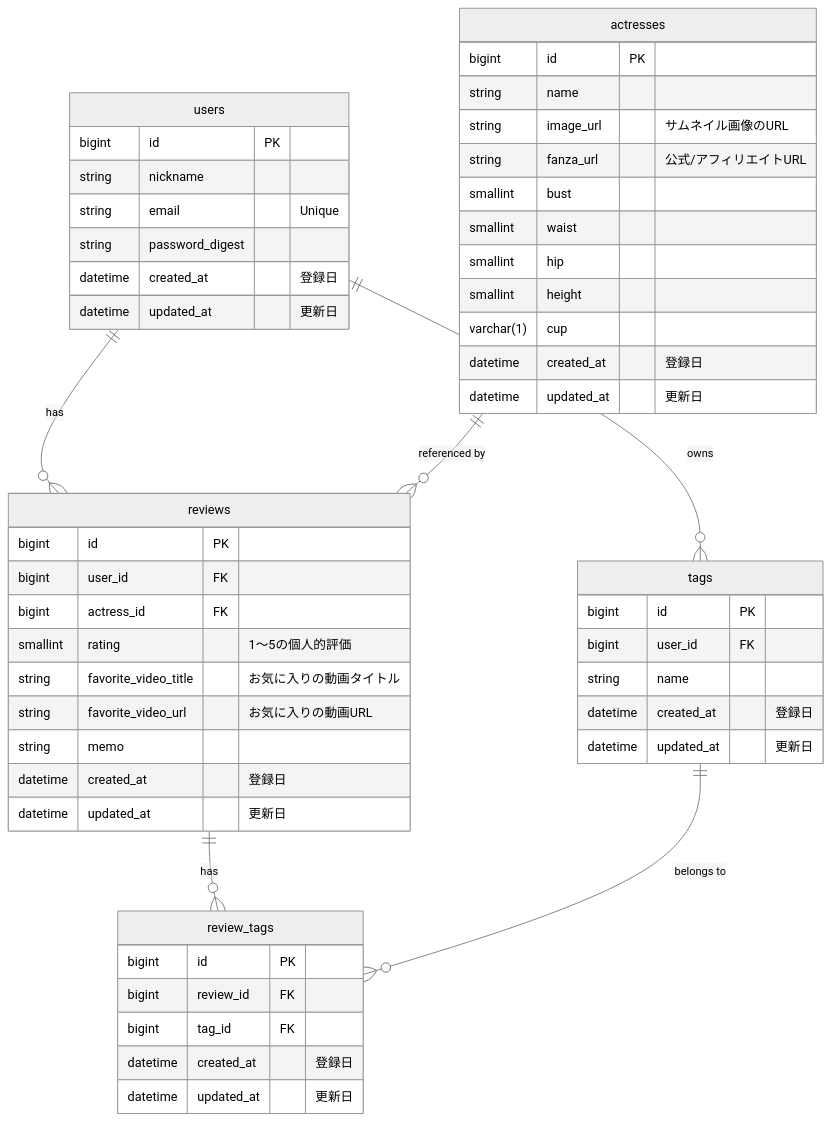
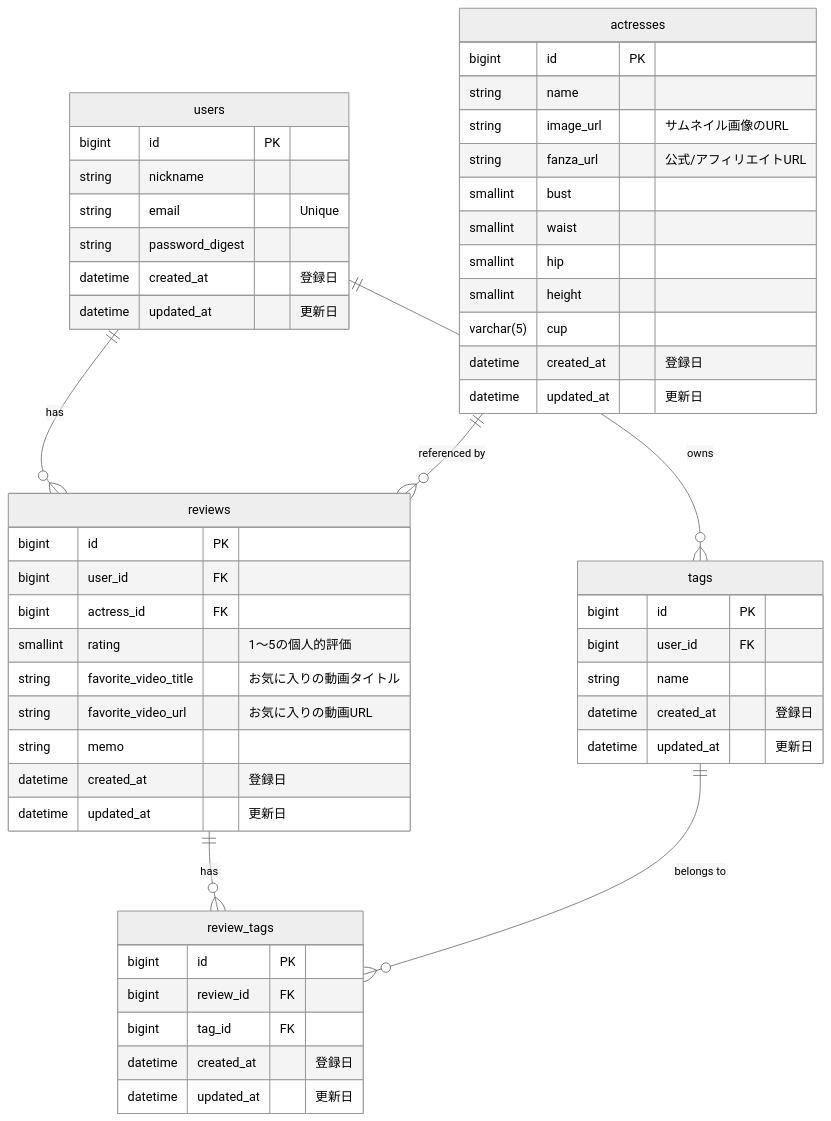
Before and after one commit to akito-0520/MuseLog: the second of 2 diagrams in README.md, drawn with Mermaid (neutral theme).

````diff
--- a/README.md
+++ b/README.md
@@ -117,59 +117,59 @@
 ```mermaid
 erDiagram
     users ||--o{ reviews : "has"
     actresses ||--o{ reviews : "referenced by"
     reviews ||--o{ review_tags : "has"
     tags ||--o{ review_tags : "belongs to"
     users ||--o{ tags : "owns"
 
     users {
         bigint id PK
         string nickname
         string email "Unique"
         string password_digest
         datetime created_at "登録日"
         datetime updated_at "更新日"
     }
 
     actresses {
         bigint id  PK
         string name
         string image_url "サムネイル画像のURL"
         string fanza_url "公式/アフィリエイトURL"
         smallint bust
         smallint waist
         smallint hip
         smallint height
-        varchar(1) cup
+        varchar(5) cup
         datetime created_at "登録日"
         datetime updated_at "更新日"
     }
 
     reviews {
         bigint id PK
         bigint user_id FK
         bigint actress_id FK
         smallint rating "1〜5の個人的評価"
         string favorite_video_title "お気に入りの動画タイトル"
         string favorite_video_url "お気に入りの動画URL"
         string memo
         datetime created_at "登録日"
         datetime updated_at "更新日"
     }
 
     tags {
         bigint id PK
         bigint user_id FK
         string name
         datetime created_at "登録日"
         datetime updated_at "更新日"
     }
 
     review_tags {
         bigint id PK
         bigint review_id FK
         bigint tag_id FK
         datetime created_at "登録日"
         datetime updated_at "更新日"
     }
 ```
````
